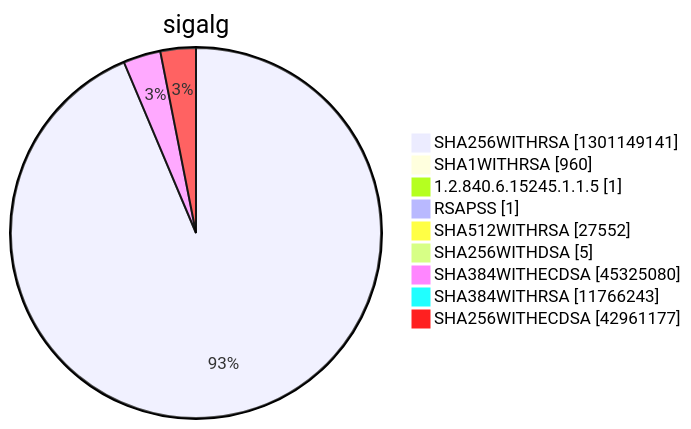
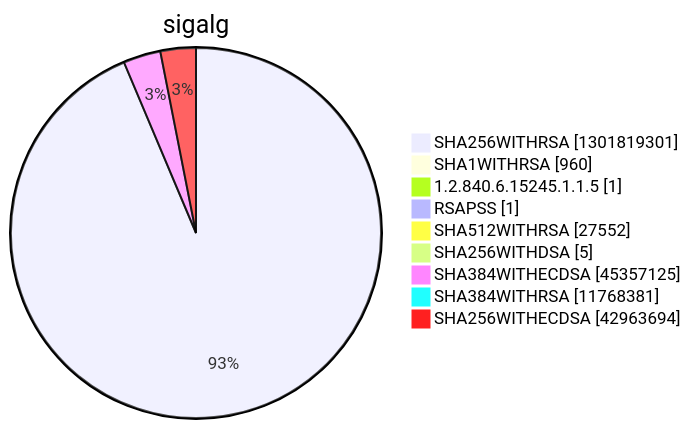
Diagram 15 of 15 in argon2022/README.md (christiankrug/ctmonitor_visualization), drawn with Mermaid before and after one commit. The commit also changed other lines of this file, not shown here.

````diff
--- a/argon2022/README.md
+++ b/argon2022/README.md
@@ -5523,13 +5523,13 @@
 ```mermaid
 pie showData
 title sigalg
-"SHA256WITHRSA" :1301149141
+"SHA256WITHRSA" :1301819301
 "SHA1WITHRSA" :960
 "1.2.840.6.15245.1.1.5" :1
 "RSAPSS" :1
 "SHA512WITHRSA" :27552
 "SHA256WITHDSA" :5
-"SHA384WITHECDSA" :45325080
-"SHA384WITHRSA" :11766243
-"SHA256WITHECDSA" :42961177
+"SHA384WITHECDSA" :45357125
+"SHA384WITHRSA" :11768381
+"SHA256WITHECDSA" :42963694
 ```
````
